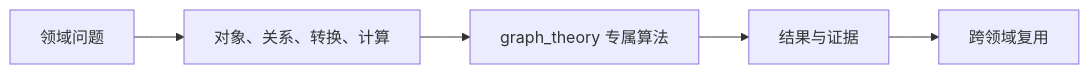
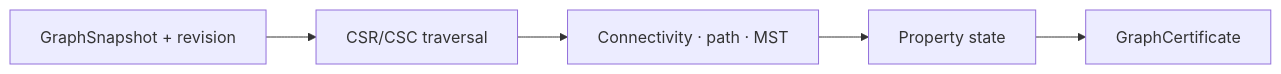
One commit to ai4waifu/athena.rs changed the first of 2 diagrams in projects/athena-engine/src/domains/graph_theory/readme.md. Above: the diagram before and after it, drawn with Mermaid. The commit also changed other lines of this file and 21 other files, not shown here.

````diff
--- a/projects/athena-engine/src/domains/graph_theory/readme.md
+++ b/projects/athena-engine/src/domains/graph_theory/readme.md
@@ -15,7 +15,7 @@
 ```mermaid
 flowchart LR
-    Problem["领域问题"] --> Decompose["对象、关系、转换、计算"]
-    Decompose --> Algorithm["graph_theory 专属算法"]
-    Algorithm --> Evidence["结果与证据"]
-    Evidence --> Cross["跨领域复用"]
+ S["GraphSnapshot + revision"] --> R["CSR/CSC traversal"]
+ R --> C["Connectivity · path · MST"]
+ C --> Q["Property state"]
+ Q --> Z["GraphCertificate"]
 ```
````
